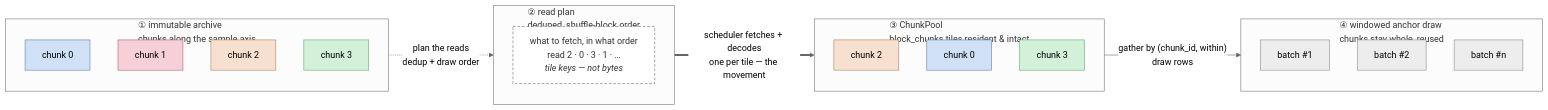
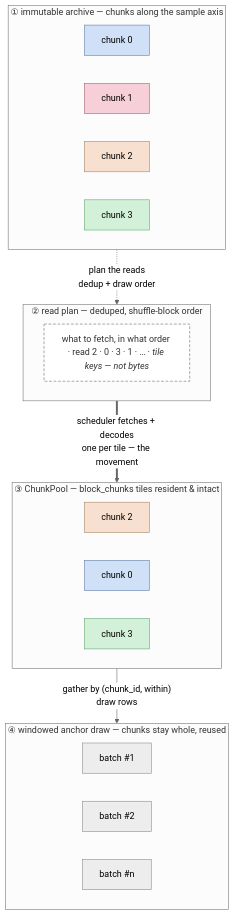
One commit to emfdavid/insitubatch changed the diagram in DESIGN.md. Above: the diagram before and after it, drawn with Mermaid (neutral theme).

Commit message:
docs: stack shuffle figure top-down for readability
Flip the figure to flowchart TB (stages ①→②→③→④ top-down) with each
subgraph laid out LR internally, so the stages render wide instead of
squished into a horizontal strip.

````diff
--- a/DESIGN.md
+++ b/DESIGN.md
@@ -285,35 +285,35 @@
 ```mermaid
-flowchart LR
-    subgraph S1["① immutable archive<br/>chunks along the sample axis"]
-        direction TB
+flowchart TB
+    subgraph S1["① immutable archive — chunks along the sample axis"]
+        direction LR
         A0["chunk 0"]:::cA
         A1["chunk 1"]:::cB
         A2["chunk 2"]:::cC
         A3["chunk 3"]:::cD
     end
-    subgraph S2["② read plan<br/>deduped, shuffle-block order"]
-        direction TB
-        P["what to fetch, in what order<br/>read 2 · 0 · 3 · 1 · …<br/><i>tile keys — not bytes</i>"]:::plan
+    subgraph S2["② read plan — deduped, shuffle-block order"]
+        direction LR
+        P["what to fetch, in what order · read 2 · 0 · 3 · 1 · … · <i>tile keys — not bytes</i>"]:::plan
     end
-    subgraph S3["③ ChunkPool<br/>block_chunks tiles resident &amp; intact"]
-        direction TB
+    subgraph S3["③ ChunkPool — block_chunks tiles resident &amp; intact"]
+        direction LR
         R2["chunk 2"]:::cC
         R0["chunk 0"]:::cA
         R3["chunk 3"]:::cD
     end
-    subgraph S4["④ windowed anchor draw<br/>chunks stay whole, reused"]
-        direction TB
+    subgraph S4["④ windowed anchor draw — chunks stay whole, reused"]
+        direction LR
         D1["batch #1"]:::batch
         D2["batch #2"]:::batch
         Dn["batch #n"]:::batch
     end
     S1 -.->|"plan the reads<br/>dedup + draw order"| S2
     S2 ==>|"scheduler fetches + decodes<br/>one per tile — the movement"| S3
     S3 -->|"gather by (chunk_id, within)<br/>draw rows"| S4
     classDef cA fill:#cfe0f7,stroke:#5b7aa6;
     classDef cB fill:#f7cfd8,stroke:#a65b6e;
     classDef cC fill:#f7e0cf,stroke:#a6805b;
     classDef cD fill:#d3f0d8,stroke:#5ba66e;
     classDef plan fill:#ffffff,stroke:#666,stroke-dasharray:5 3,color:#333;
     classDef batch fill:#ededed,stroke:#888;
 ```
````
